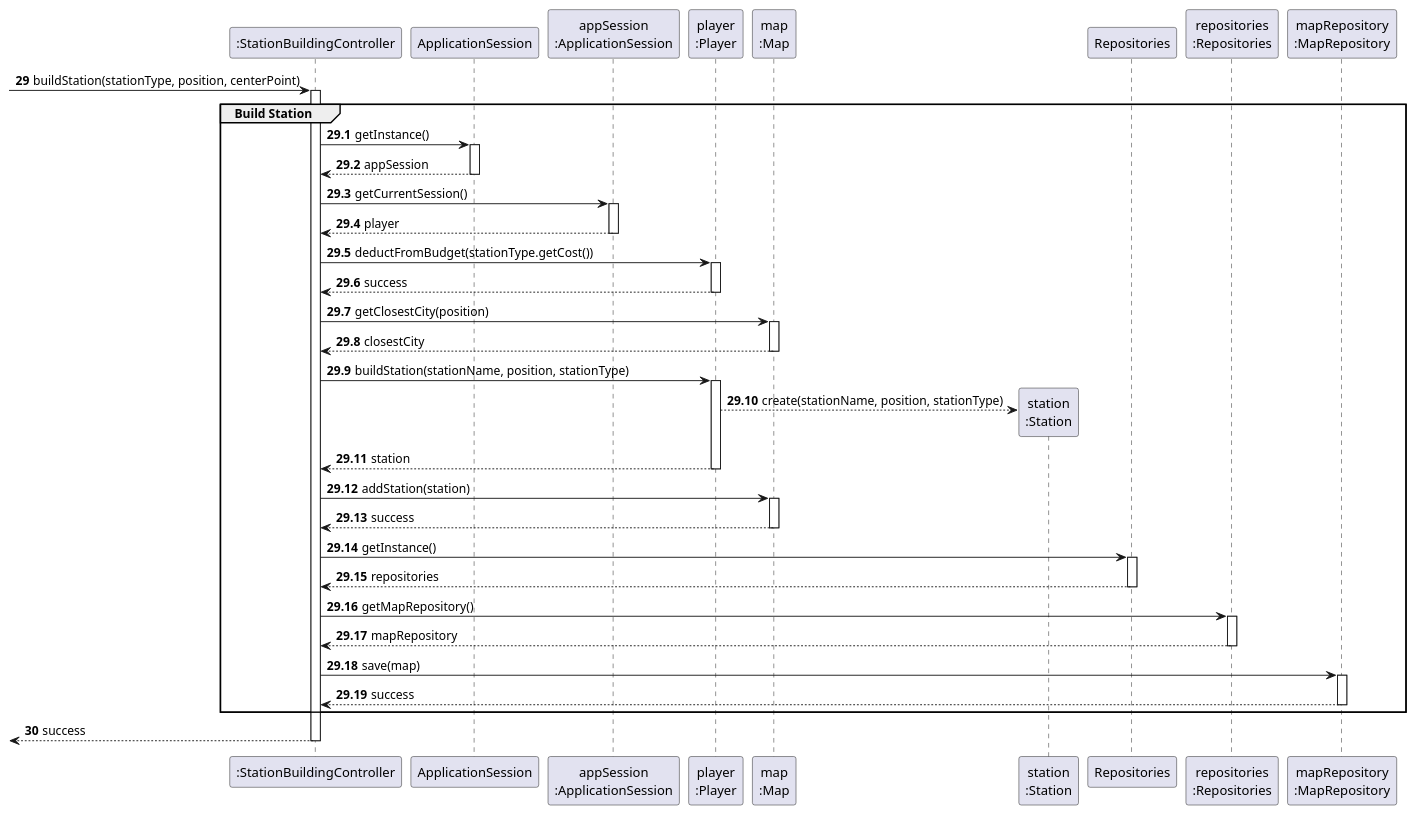
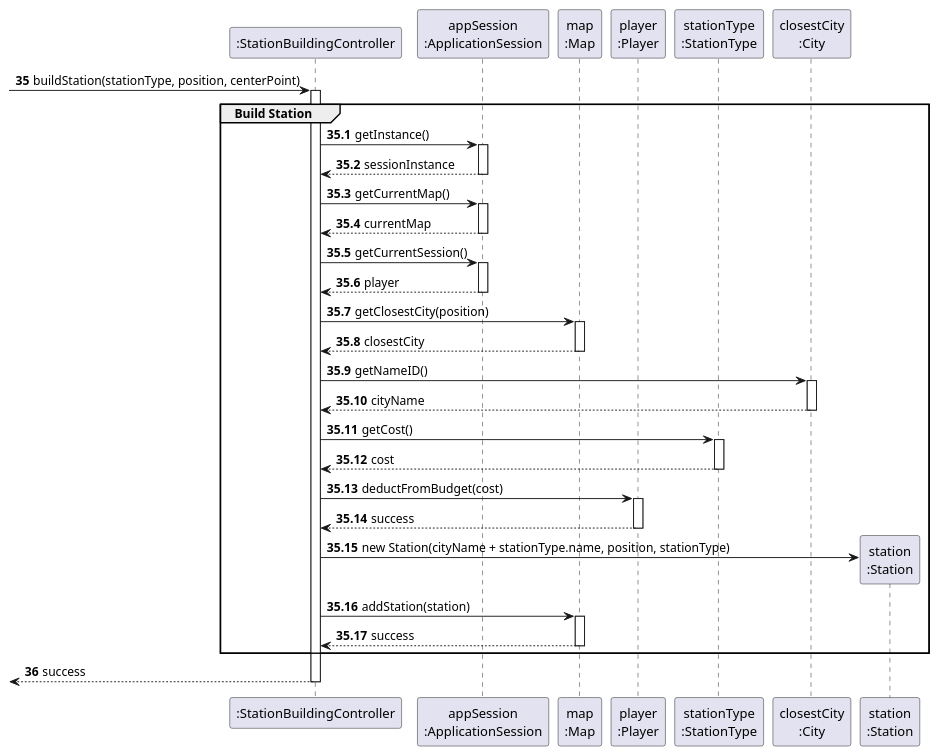
The diagram in docs/system-documentation/Sprint 2/US05/03.design/puml/US05-SD-partial-build-station.puml (HenriqueSilva18/Railway-Network-Simulator), drawn with PlantUML before and after one commit. The commit also changed 11 other files, not shown here.

```diff
--- a/docs/system-documentation/Sprint 2/US05/03.design/puml/US05-SD-partial-build-station.puml
+++ b/docs/system-documentation/Sprint 2/US05/03.design/puml/US05-SD-partial-build-station.puml
@@ -1,78 +1,66 @@
 @startuml
 skinparam packageStyle rectangle
 skinparam shadowing false
 
 participant ":StationBuildingController" as CTRL
-participant "ApplicationSession" as APP_SESSION
-participant "appSession\n:ApplicationSession" as APP_SESSION_SINGLETON
-participant "player\n:Player" as PLAYER_OBJ
+participant "appSession\n:ApplicationSession" as APP_SESSION
 participant "map\n:Map" as MAP
+participant "player\n:Player" as PLAYER
+participant "stationType\n:StationType" as TYPE
+participant "closestCity\n:City" as CITY
 participant "station\n:Station" as STATION
-participant "Repositories" as REPOS
-participant "repositories\n:Repositories" as REPOS_SINGLETON
-participant "mapRepository\n:MapRepository" as MAP_REPO
 
-autonumber 29
+autonumber 35
 -> CTRL : buildStation(stationType, position, centerPoint)
 
-autonumber 29.1
+autonumber 35.1
 activate CTRL
     group Build Station
-        ' Get player from session
-        CTRL -> APP_SESSION : getInstance()
+        CTRL -> APP_SESSION: getInstance()
         activate APP_SESSION
-            APP_SESSION --> CTRL : appSession
+            APP_SESSION --> CTRL: sessionInstance
         deactivate APP_SESSION
 
-        CTRL -> APP_SESSION_SINGLETON : getCurrentSession()
-        activate APP_SESSION_SINGLETON
-            APP_SESSION_SINGLETON --> CTRL : player
-        deactivate APP_SESSION_SINGLETON
-
-        ' Deduct cost from player's budget
-        CTRL -> PLAYER_OBJ : deductFromBudget(stationType.getCost())
-        activate PLAYER_OBJ
-            PLAYER_OBJ --> CTRL : success
-        deactivate PLAYER_OBJ
-
-        ' Create station name based on closest city
-        CTRL -> MAP : getClosestCity(position)
+        CTRL -> APP_SESSION: getCurrentMap()
+        activate APP_SESSION
+            APP_SESSION --> CTRL: currentMap
+        deactivate APP_SESSION
+        
+        CTRL -> APP_SESSION: getCurrentSession()
+        activate APP_SESSION
+            APP_SESSION --> CTRL: player
+        deactivate APP_SESSION
+        
+        CTRL -> MAP: getClosestCity(position)
         activate MAP
-            MAP --> CTRL : closestCity
+            MAP --> CTRL: closestCity
         deactivate MAP
-
-        ' Create the station
-        CTRL -> PLAYER_OBJ : buildStation(stationName, position, stationType)
-        activate PLAYER_OBJ
-            PLAYER_OBJ --> STATION** : create(stationName, position, stationType)
-            PLAYER_OBJ --> CTRL : station
-        deactivate PLAYER_OBJ
-
-        ' Add station to map
-        CTRL -> MAP : addStation(station)
+        
+        CTRL -> CITY: getNameID()
+        activate CITY
+            CITY --> CTRL: cityName
+        deactivate CITY
+        
+        CTRL -> TYPE: getCost()
+        activate TYPE
+            TYPE --> CTRL: cost
+        deactivate TYPE
+        
+        CTRL -> PLAYER: deductFromBudget(cost)
+        activate PLAYER
+            PLAYER --> CTRL: success
+        deactivate PLAYER
+        
+        CTRL -> STATION**: new Station(cityName + stationType.name, position, stationType)
+        
+        CTRL -> MAP: addStation(station)
         activate MAP
-            MAP --> CTRL : success
+            MAP --> CTRL: success
         deactivate MAP
-
-        ' Save map with new station
-        CTRL -> REPOS : getInstance()
-        activate REPOS
-            REPOS --> CTRL: repositories
-        deactivate REPOS
-
-        CTRL -> REPOS_SINGLETON : getMapRepository()
-        activate REPOS_SINGLETON
-            REPOS_SINGLETON --> CTRL: mapRepository
-        deactivate REPOS_SINGLETON
-
-        CTRL -> MAP_REPO : save(map)
-        activate MAP_REPO
-            MAP_REPO --> CTRL : success
-        deactivate MAP_REPO
     end
 
-    autonumber 30
+    autonumber 36
     <-- CTRL : success
 deactivate CTRL
 
 @enduml 
```
